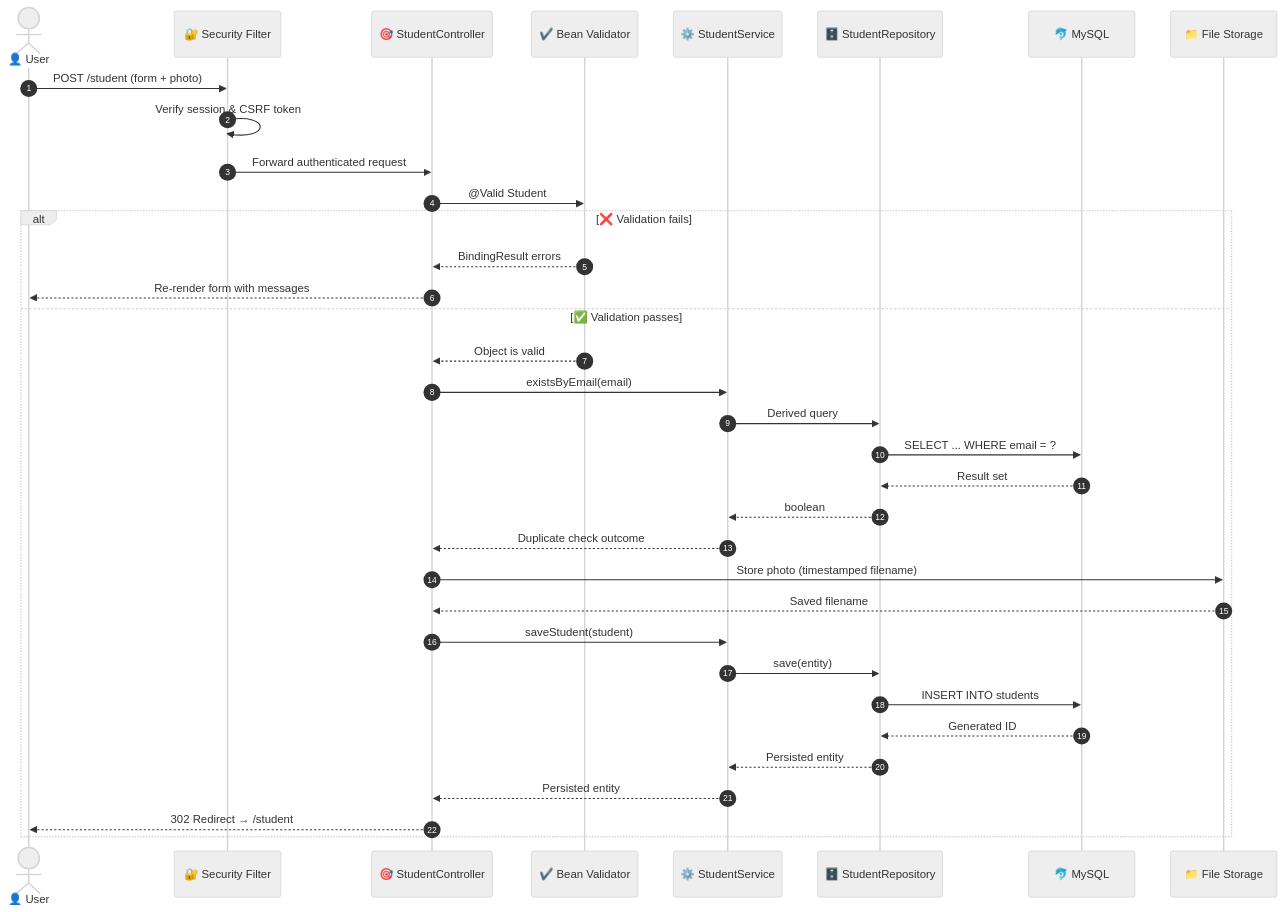
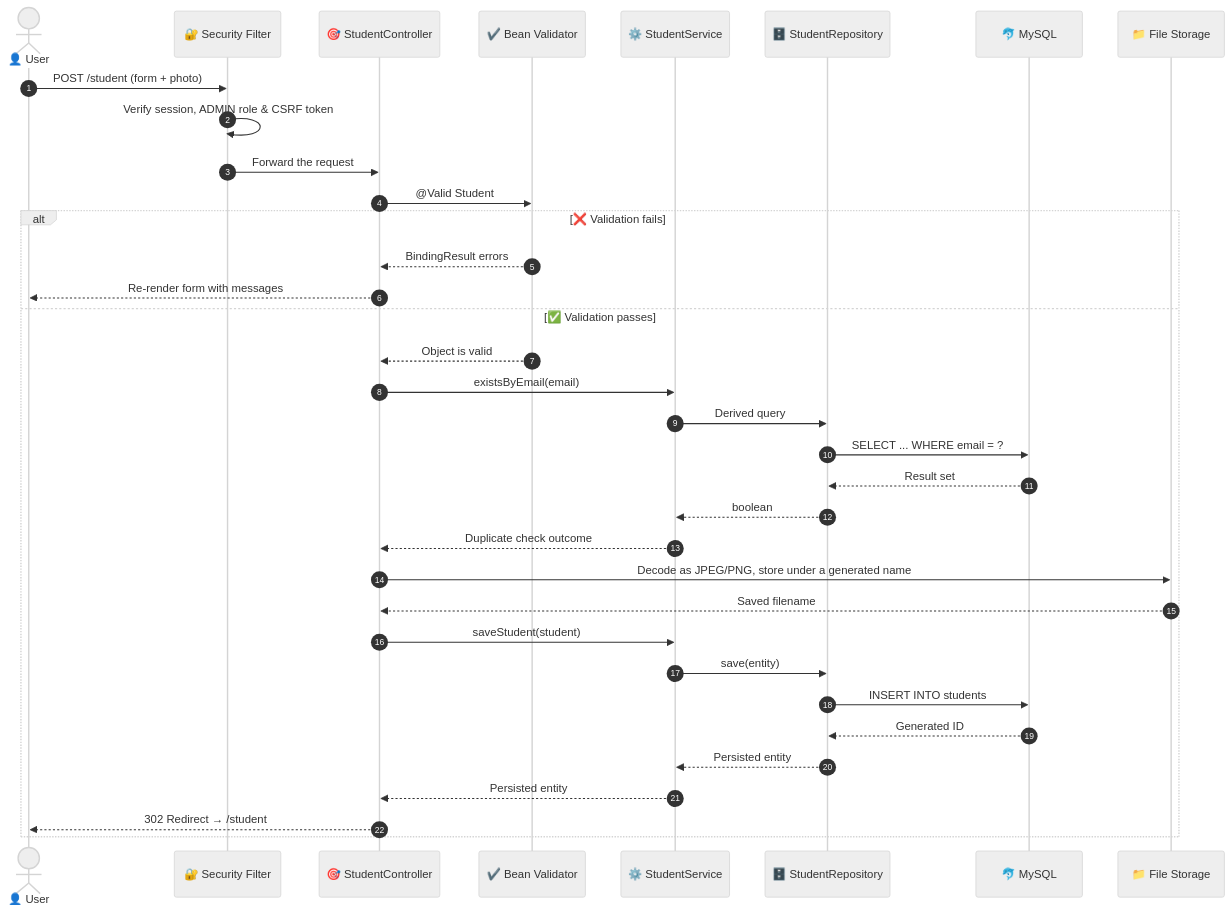
The third of 5 diagrams in PROJECT_ROADMAP.md (anurag-joshi-1403/StudentManagementSystem), drawn with Mermaid (neutral theme) before and after one commit. The commit also changed other lines of this file and 59 other files, not shown here.

````diff
--- a/PROJECT_ROADMAP.md
+++ b/PROJECT_ROADMAP.md
@@ -283,38 +297,38 @@
 ```mermaid
 sequenceDiagram
     autonumber
     actor U as 👤 User
     participant SF as 🔐 Security Filter
     participant C as 🎯 StudentController
     participant V as ✔️ Bean Validator
     participant S as ⚙️ StudentService
     participant R as 🗄️ StudentRepository
     participant DB as 🐬 MySQL
     participant FS as 📁 File Storage
 
     U->>SF: POST /student (form + photo)
-    SF->>SF: Verify session & CSRF token
-    SF->>C: Forward authenticated request
+    SF->>SF: Verify session, ADMIN role & CSRF token
+    SF->>C: Forward the request
     C->>V: @Valid Student
     alt ❌ Validation fails
         V-->>C: BindingResult errors
         C-->>U: Re-render form with messages
     else ✅ Validation passes
         V-->>C: Object is valid
         C->>S: existsByEmail(email)
         S->>R: Derived query
         R->>DB: SELECT ... WHERE email = ?
         DB-->>R: Result set
         R-->>S: boolean
         S-->>C: Duplicate check outcome
-        C->>FS: Store photo (timestamped filename)
+        C->>FS: Decode as JPEG/PNG, store under a generated name
         FS-->>C: Saved filename
         C->>S: saveStudent(student)
         S->>R: save(entity)
         R->>DB: INSERT INTO students
         DB-->>R: Generated ID
         R-->>S: Persisted entity
         S-->>C: Persisted entity
         C-->>U: 302 Redirect → /student
     end
 ```
````
